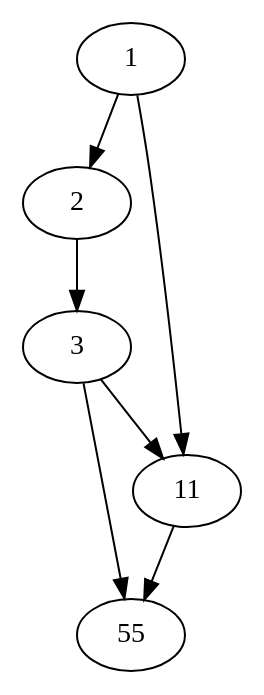
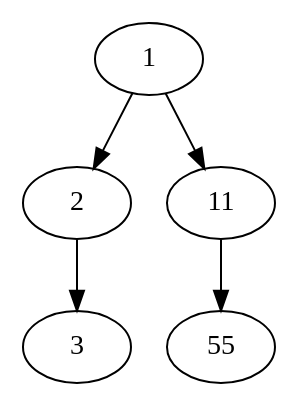
Before and after one commit to YaccConstructor/QuickGraph: the diagram in DotParserProject/test_inputs/test4.dot, drawn with Graphviz. The commit also changed 8 other files, not shown here.

```diff
--- a/DotParserProject/test_inputs/test4.dot
+++ b/DotParserProject/test_inputs/test4.dot
@@ -1,9 +1,9 @@
 digraph G 
 {
 1 -> 2;
 2 -> 3 ;
-3 -> subgraph GGG{
+subgraph GGG{
 11 -> 55
 }
 1 -> 11
 }
```
